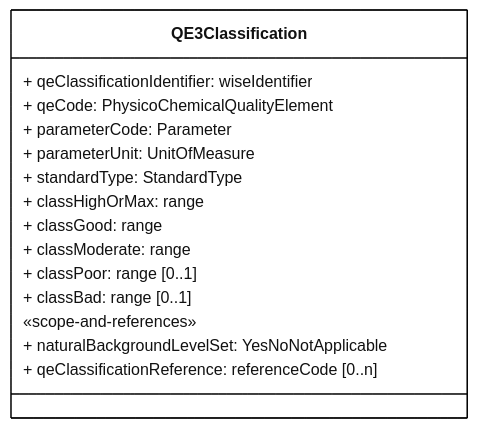
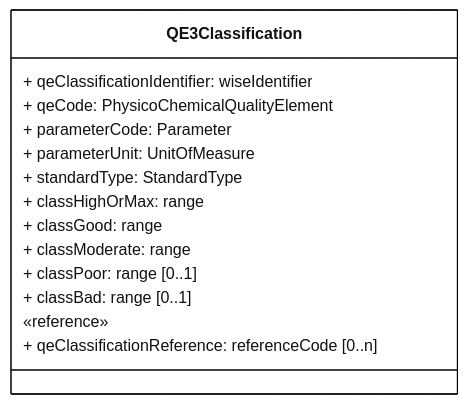
Before and after one commit to eeadata/WISE.WFD.Documentation: the diagram in docs/DataModelReview/mmd/SurfaceWaterMethodologies_4thCycle_QE3Classification_ClassDiagram.mmd, drawn with Mermaid. The commit also changed 9 other files, not shown here.

```diff
--- a/docs/DataModelReview/mmd/SurfaceWaterMethodologies_4thCycle_QE3Classification_ClassDiagram.mmd
+++ b/docs/DataModelReview/mmd/SurfaceWaterMethodologies_4thCycle_QE3Classification_ClassDiagram.mmd
@@ -1,31 +1,30 @@
 ---
 config:
   class:
     hideEmptyMembersBox: true
   layout: dagre
   theme: neutral
 ---
 classDiagram
 direction LR
 
 class QE3Classification{
 + qeClassificationIdentifier: wiseIdentifier
 + qeCode: PhysicoChemicalQualityElement
 + parameterCode: Parameter
 + parameterUnit: UnitOfMeasure
 + standardType: StandardType
 + classHighOrMax: range
 + classGood: range
 + classModerate: range
 + classPoor: range [0..1]
 + classBad: range [0..1]
 
-«scope-and-references»
-+ naturalBackgroundLevelSet: YesNoNotApplicable
+«reference»
 + qeClassificationReference: referenceCode [0..n]
 }
 
 
 classDef default fill:white,stroke:#000;
 classDef forFixing fill:white,stroke:#f00;
 classDef partial fill:lightyellow,stroke:#000;
```
